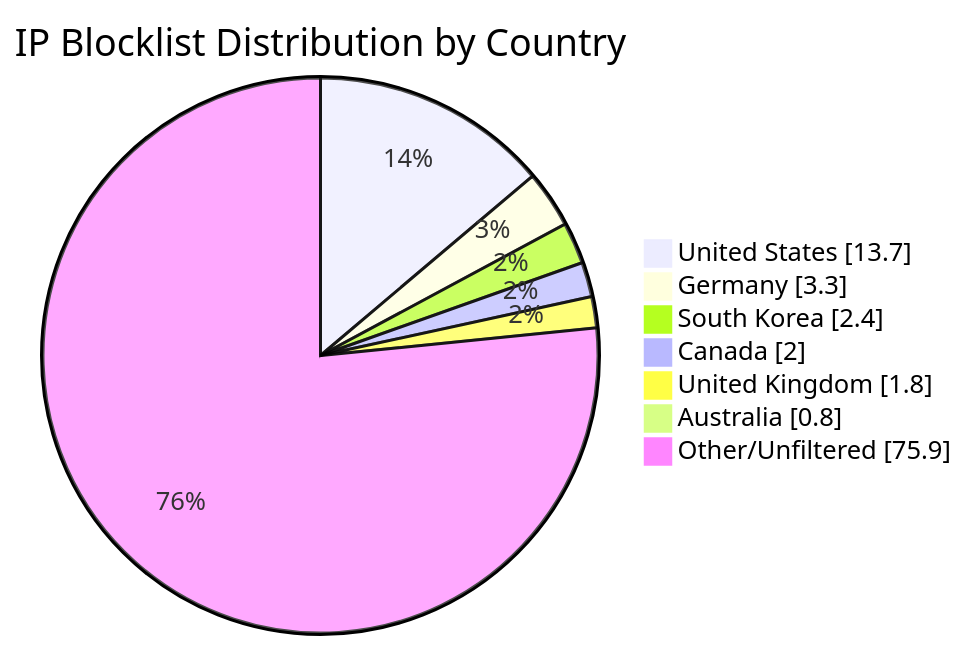
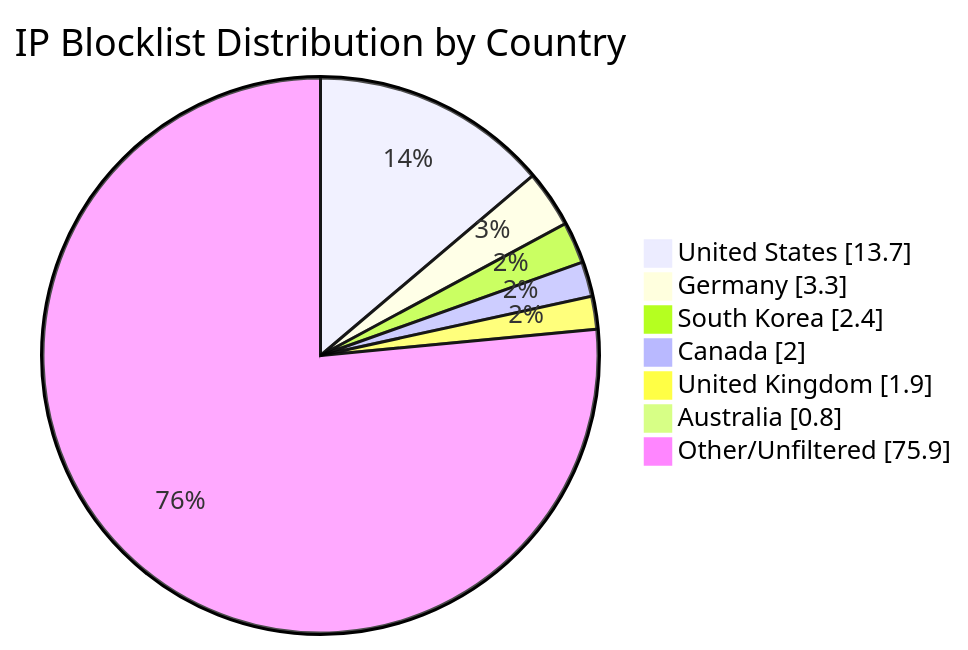
Before and after one commit to MarcusHoltz/ipblocklist-geofiltered-aggregator: the diagram in README.md, drawn with Mermaid. The commit also changed other lines of this file and 9 other files, not shown here.

````diff
--- a/README.md
+++ b/README.md
@@ -34,10 +34,10 @@
 ```mermaid
 pie showData title IP Blocklist Distribution by Country
 "United States" : 13.7
 "Germany" : 3.3
 "South Korea" : 2.4
 "Canada" : 2.0
-"United Kingdom" : 1.8
+"United Kingdom" : 1.9
 "Australia" : 0.8
 "Other/Unfiltered" : 75.9
 ```
````
